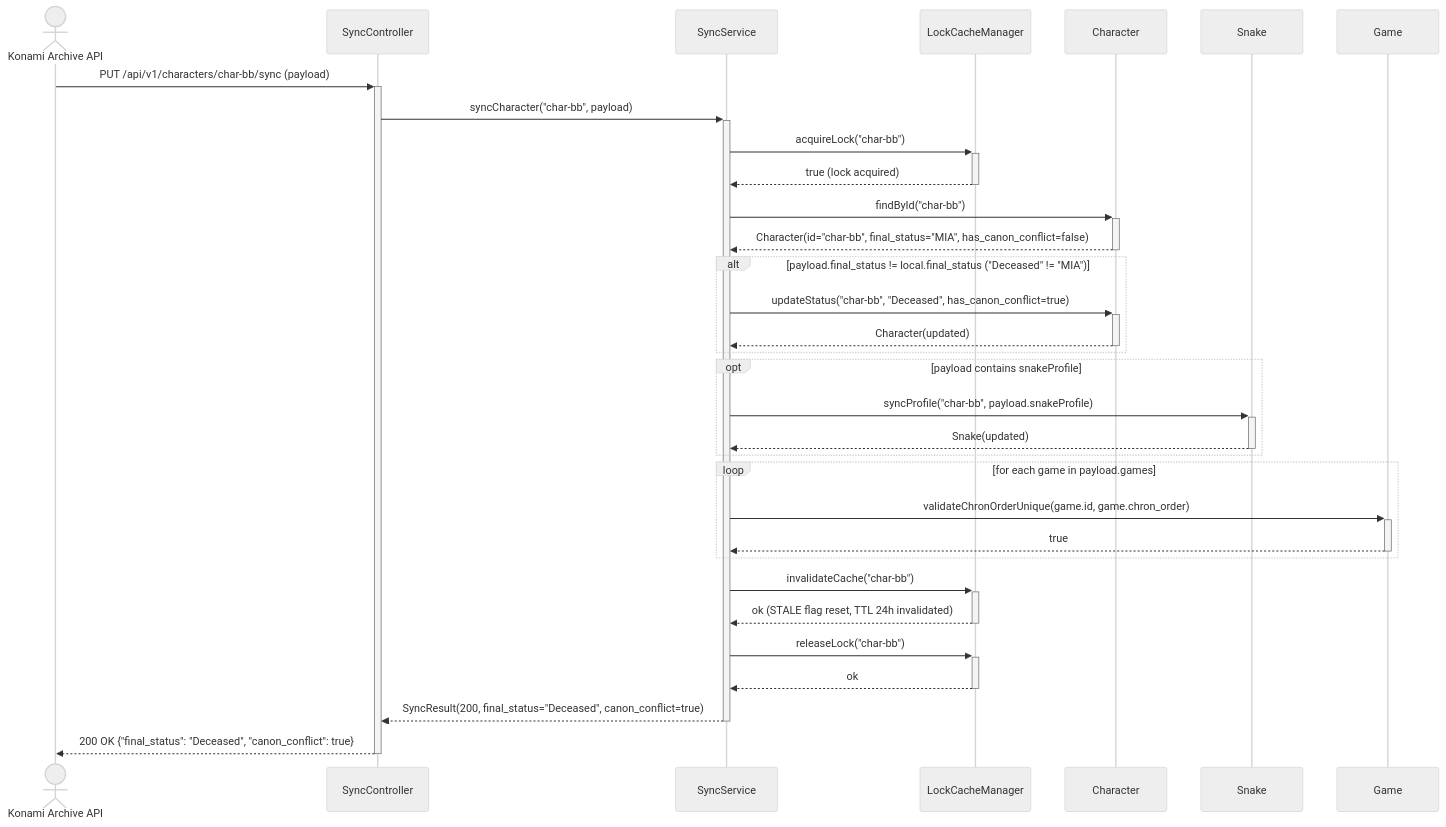
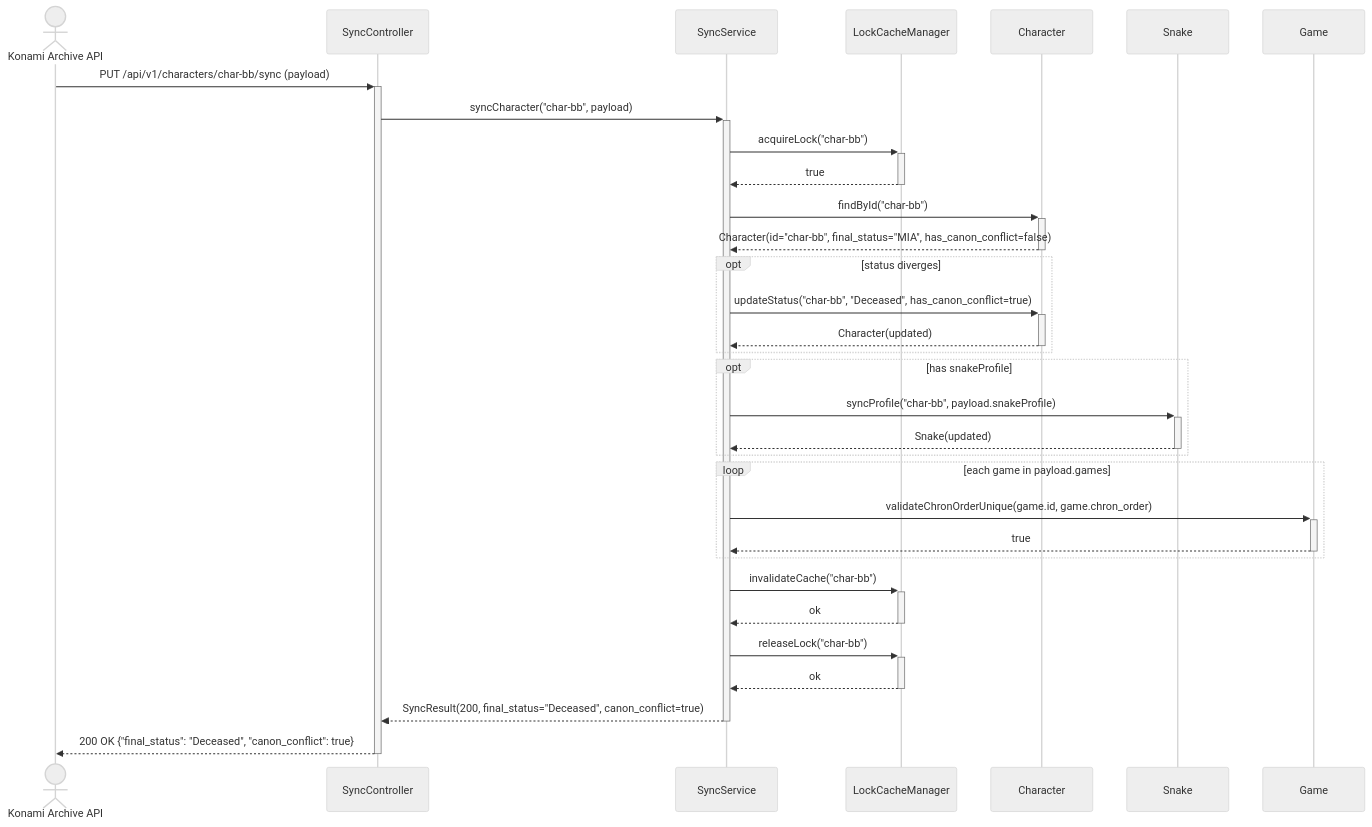
One commit to D1rtyJesus/OP2 changed the second of 4 diagrams in lab3/diagrams.md. Above: the diagram before and after it, drawn with Mermaid (neutral theme). The commit also changed other lines of this file and 1 other file, not shown here.

````diff
--- a/lab3/diagrams.md
+++ b/lab3/diagrams.md
@@ -47,42 +49,42 @@
 ```mermaid
-    sequenceDiagram
+sequenceDiagram
     actor API as Konami Archive API
     participant Ctrl as SyncController
     participant Svc as SyncService
     participant LCM as LockCacheManager
     participant Char as Character
     participant Snake as Snake
     participant Game as Game
 
     API->>+Ctrl: PUT /api/v1/characters/char-bb/sync (payload)
     Ctrl->>+Svc: syncCharacter("char-bb", payload)
     Svc->>+LCM: acquireLock("char-bb")
-    LCM-->>-Svc: true (lock acquired)
+    LCM-->>-Svc: true
 
     Svc->>+Char: findById("char-bb")
     Char-->>-Svc: Character(id="char-bb", final_status="MIA", has_canon_conflict=false)
 
-    alt payload.final_status != local.final_status ("Deceased" != "MIA")
+    opt status diverges
         Svc->>+Char: updateStatus("char-bb", "Deceased", has_canon_conflict=true)
         Char-->>-Svc: Character(updated)
     end
 
-    opt payload contains snakeProfile
+    opt has snakeProfile
         Svc->>+Snake: syncProfile("char-bb", payload.snakeProfile)
         Snake-->>-Svc: Snake(updated)
     end
 
-    loop for each game in payload.games
+    loop each game in payload.games
         Svc->>+Game: validateChronOrderUnique(game.id, game.chron_order)
         Game-->>-Svc: true
     end
 
     Svc->>+LCM: invalidateCache("char-bb")
-    LCM-->>-Svc: ok (STALE flag reset, TTL 24h invalidated)
+    LCM-->>-Svc: ok
 
     Svc->>+LCM: releaseLock("char-bb")
     LCM-->>-Svc: ok
 
     Svc-->>-Ctrl: SyncResult(200, final_status="Deceased", canon_conflict=true)
     Ctrl-->>-API: 200 OK {"final_status": "Deceased", "canon_conflict": true}
 ```
````
